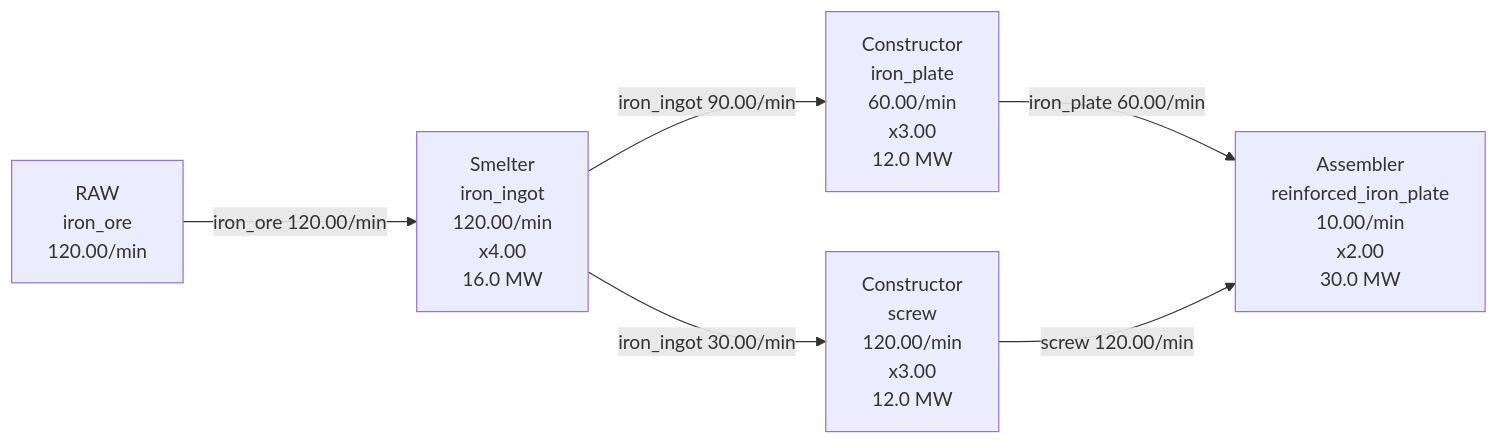
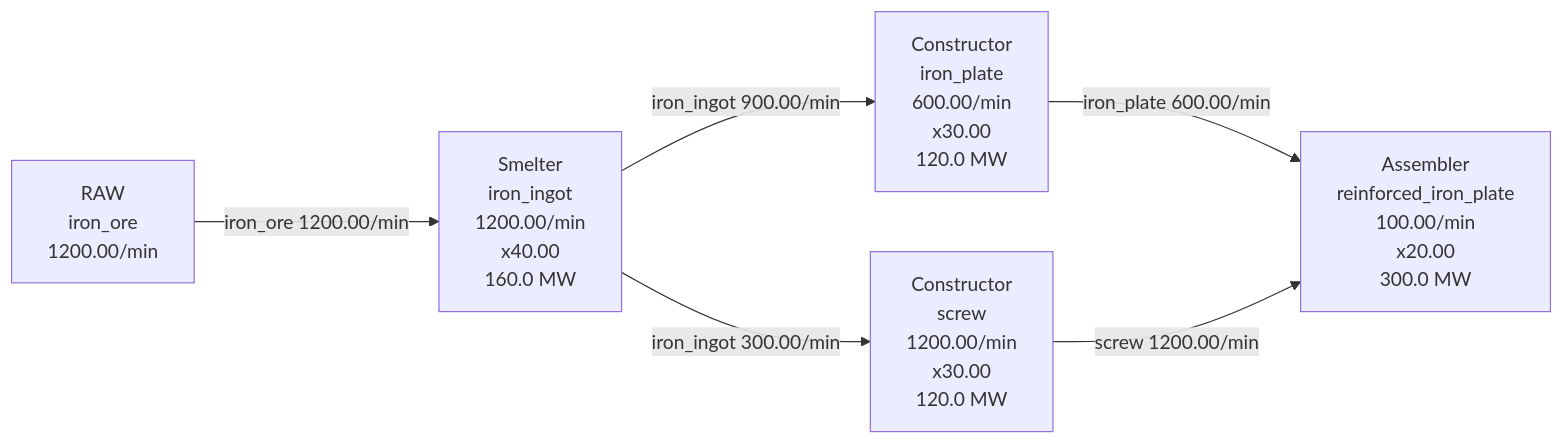
One commit to sooderbanane/SatisfactoryPlanner changed the diagram in output/factory.md. Above: the diagram before and after it, drawn with Mermaid. The commit also changed 8 other files, not shown here.

````diff
--- a/output/factory.md
+++ b/output/factory.md
@@ -1,13 +1,13 @@
 ```mermaid
 flowchart LR
- id_reinforced_iron_plate["Assembler<br/>reinforced_iron_plate<br/>10.00/min<br/>x2.00<br/>30.0 MW"]
- id_iron_plate["Constructor<br/>iron_plate<br/>60.00/min<br/>x3.00<br/>12.0 MW"]
- id_iron_ingot["Smelter<br/>iron_ingot<br/>120.00/min<br/>x4.00<br/>16.0 MW"]
- id_iron_ore["RAW<br/>iron_ore<br/>120.00/min"]
- id_screw["Constructor<br/>screw<br/>120.00/min<br/>x3.00<br/>12.0 MW"]
-  id_iron_plate -->|iron_plate 60.00/min| id_reinforced_iron_plate
-  id_iron_ingot -->|iron_ingot 90.00/min| id_iron_plate
-  id_iron_ore -->|iron_ore 120.00/min| id_iron_ingot
-  id_screw -->|screw 120.00/min| id_reinforced_iron_plate
-  id_iron_ingot -->|iron_ingot 30.00/min| id_screw
+  id_reinforced_iron_plate["Assembler<br/>reinforced_iron_plate<br/>100.00/min<br/>x20.00<br/>300.0 MW"]
+  id_iron_plate["Constructor<br/>iron_plate<br/>600.00/min<br/>x30.00<br/>120.0 MW"]
+  id_iron_ingot["Smelter<br/>iron_ingot<br/>1200.00/min<br/>x40.00<br/>160.0 MW"]
+  id_iron_ore["RAW<br/>iron_ore<br/>1200.00/min"]
+  id_screw["Constructor<br/>screw<br/>1200.00/min<br/>x30.00<br/>120.0 MW"]
+  id_iron_plate -->|iron_plate 600.00/min| id_reinforced_iron_plate
+  id_iron_ingot -->|iron_ingot 900.00/min| id_iron_plate
+  id_iron_ore -->|iron_ore 1200.00/min| id_iron_ingot
+  id_screw -->|screw 1200.00/min| id_reinforced_iron_plate
+  id_iron_ingot -->|iron_ingot 300.00/min| id_screw
 ```
````
